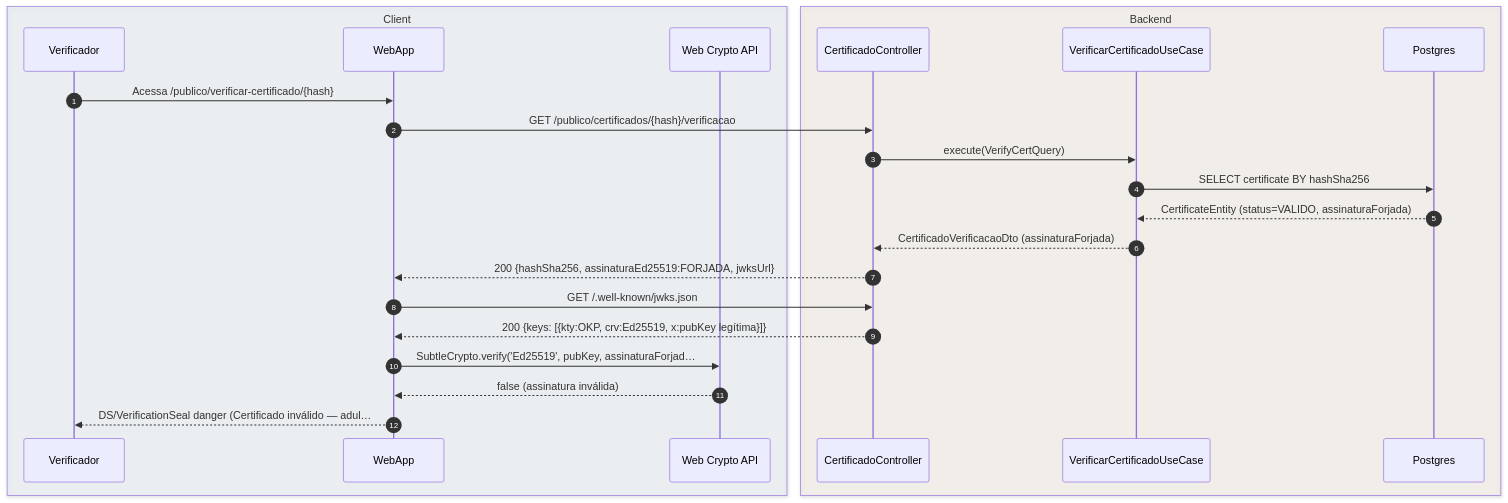
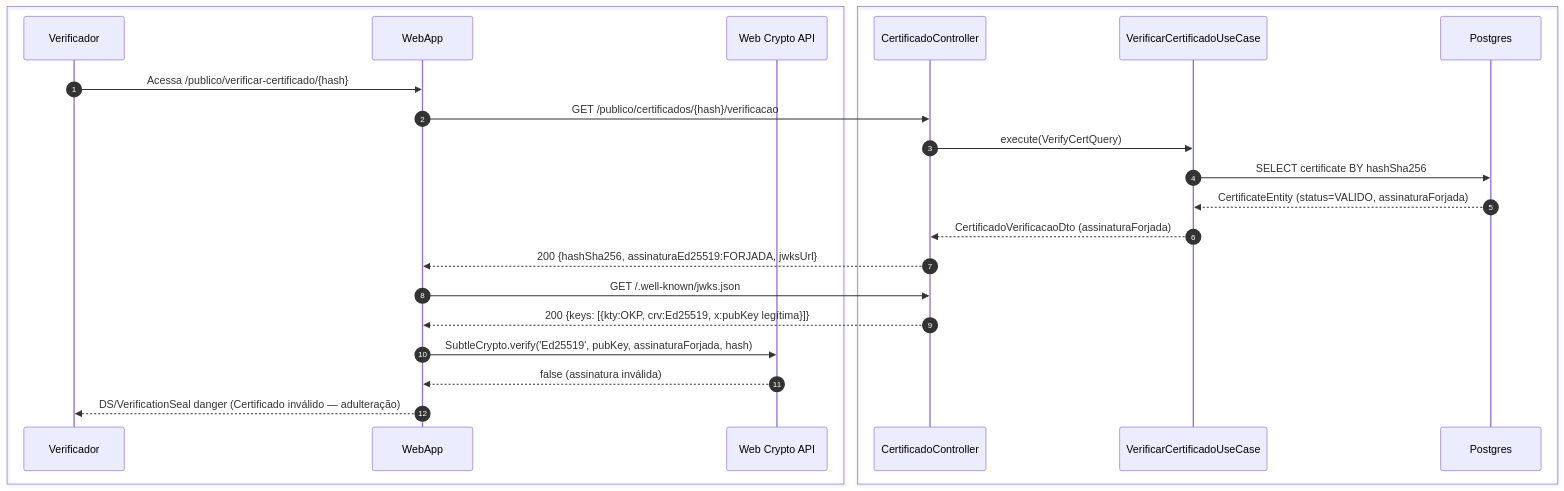
One commit to umishell/secretariaOnline2 changed the fourth of 4 diagrams in foundationDocs/sequenceDiagrams/F0 — Público/US-F0-007-VERIFICAR-CERTIFICADO.md. Above: the diagram before and after it, drawn with Mermaid. The commit also changed other lines of this file and 70 other files, not shown here.

First line of the commit message:
Enhance database documentation and introduce new schema files

````diff
--- a/foundationDocs/sequenceDiagrams/F0 — Público/US-F0-007-VERIFICAR-CERTIFICADO.md
+++ b/foundationDocs/sequenceDiagrams/F0 — Público/US-F0-007-VERIFICAR-CERTIFICADO.md
@@ -178,27 +178,27 @@
 ```mermaid
 sequenceDiagram
     autonumber
-    box rgba(230,245,255,0.3) Client
+    box #e8f4fc Cliente
         participant Verificador
         participant WebApp
         participant Crypto as Web Crypto API
     end
-    box rgba(255,245,230,0.3) Backend
+    box #fff8ee Servidor
         participant AC as CertificadoController
         participant UC as VerificarCertificadoUseCase
         participant DB as Postgres
     end
 
     Verificador->>WebApp: Acessa /publico/verificar-certificado/{hash}
     WebApp->>AC: GET /publico/certificados/{hash}/verificacao
     AC->>UC: execute(VerifyCertQuery)
     UC->>DB: SELECT certificate BY hashSha256
     DB-->>UC: CertificateEntity (status=VALIDO, assinaturaForjada)
     UC-->>AC: CertificadoVerificacaoDto (assinaturaForjada)
     AC-->>WebApp: 200 {hashSha256, assinaturaEd25519:FORJADA, jwksUrl}
     WebApp->>AC: GET /.well-known/jwks.json
     AC-->>WebApp: 200 {keys: [{kty:OKP, crv:Ed25519, x:pubKey legítima}]}
-    WebApp->>Crypto: SubtleCrypto.verify('Ed25519', pubKey, assinaturaForjad…
+    WebApp->>Crypto: SubtleCrypto.verify('Ed25519', pubKey, assinaturaForjada, hash)
     Crypto-->>WebApp: false (assinatura inválida)
-    WebApp-->>Verificador: DS/VerificationSeal danger (Certificado inválido — adul…
+    WebApp-->>Verificador: DS/VerificationSeal danger (Certificado inválido — adulteração)
 ```
````
